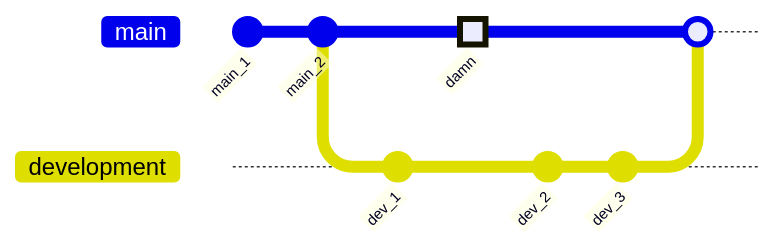
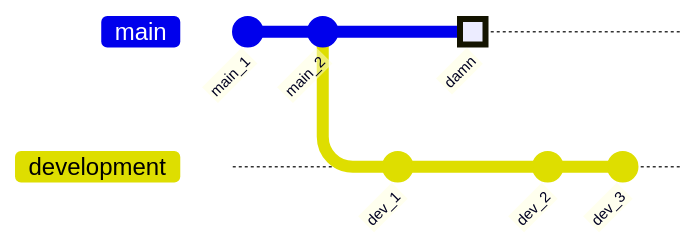
One commit to LPvdT/git-for-colleagues changed the first of 2 diagrams in docs/branches/cherry_picking.md. Above: the diagram before and after it, drawn with Mermaid. The commit also changed other lines of this file and 4 other files, not shown here.

````diff
--- a/docs/branches/cherry_picking.md
+++ b/docs/branches/cherry_picking.md
@@ -17,14 +11,13 @@
 ```mermaid
 gitGraph
   commit id: "main_1"
   commit id: "main_2"
   branch development
   commit id: "dev_1"
   checkout main
   commit type: HIGHLIGHT id: "damn"
   checkout development
   commit id: "dev_2"
   commit id: "dev_3"
   checkout main
-  merge development
 ```
````
